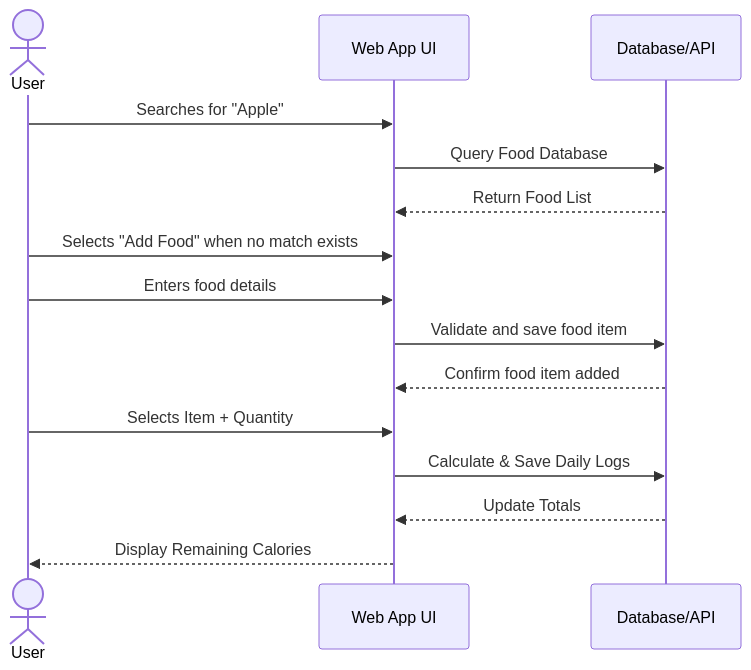
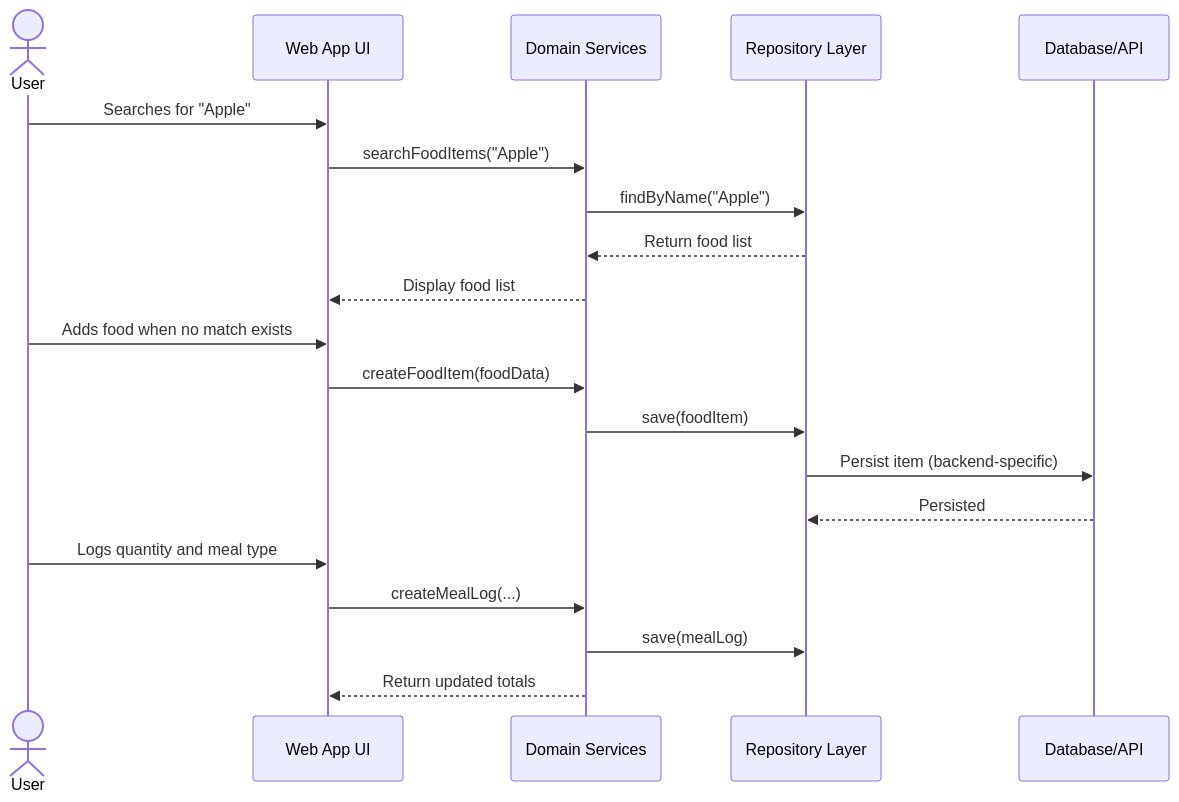
The third of 3 diagrams in docs/ARCHITECTURE.md (sabkam08/calorie-tracker-app), drawn with Mermaid before and after one commit. The commit also changed other lines of this file and 30 other files, not shown here.

Commit message:
repository layer, persitence layer

````diff
--- a/docs/ARCHITECTURE.md
+++ b/docs/ARCHITECTURE.md
@@ -75,18 +87,23 @@
 ```mermaid
-  sequenceDiagram
-    actor User
-    participant UI as Web App UI
-    participant DB as Database/API
+sequenceDiagram
+  actor User
+  participant UI as Web App UI
+  participant SVC as Domain Services
+  participant REPO as Repository Layer
+  participant DB as Database/API
 
-    User->>UI: Searches for "Apple"
-    UI->>DB: Query Food Database
-    DB-->>UI: Return Food List
-    User->>UI: Selects "Add Food" when no match exists
-    User->>UI: Enters food details
-    UI->>DB: Validate and save food item
-    DB-->>UI: Confirm food item added
-    User->>UI: Selects Item + Quantity
-    UI->>DB: Calculate & Save Daily Logs
-    DB-->>UI: Update Totals
-    UI-->>User: Display Remaining Calories
+  User->>UI: Searches for "Apple"
+  UI->>SVC: searchFoodItems("Apple")
+  SVC->>REPO: findByName("Apple")
+  REPO-->>SVC: Return food list
+  SVC-->>UI: Display food list
+  User->>UI: Adds food when no match exists
+  UI->>SVC: createFoodItem(foodData)
+  SVC->>REPO: save(foodItem)
+  REPO->>DB: Persist item (backend-specific)
+  DB-->>REPO: Persisted
+  User->>UI: Logs quantity and meal type
+  UI->>SVC: createMealLog(...)
+  SVC->>REPO: save(mealLog)
+  SVC-->>UI: Return updated totals
 ```
````
